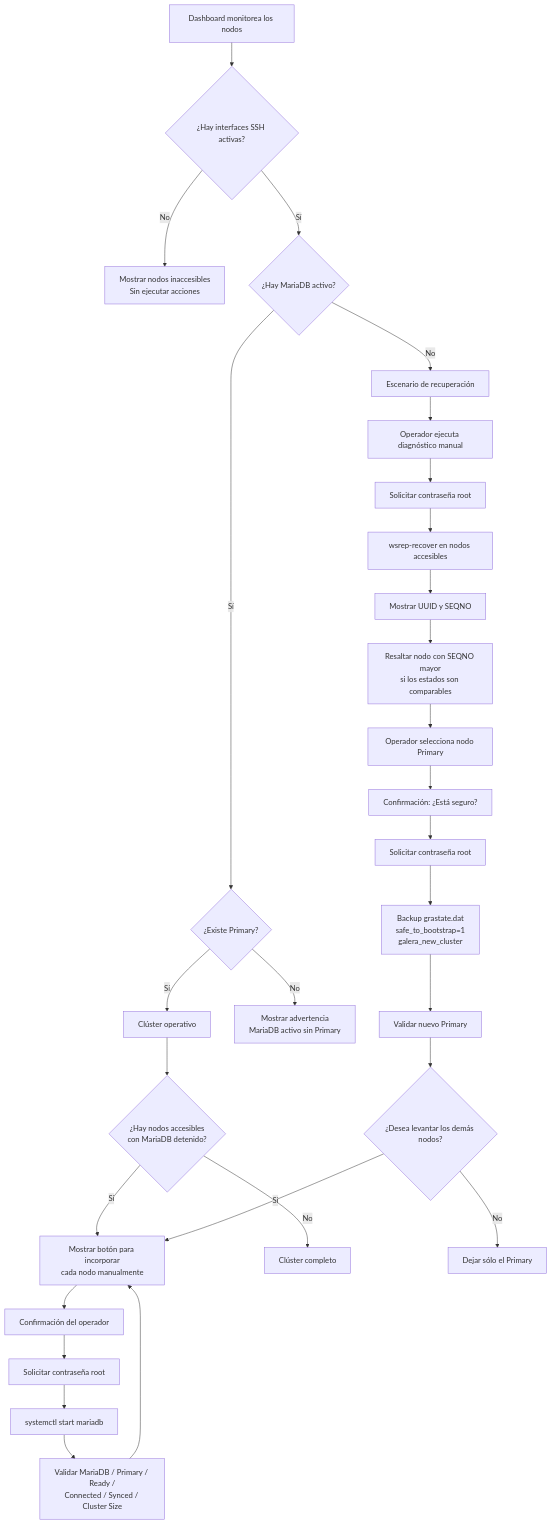
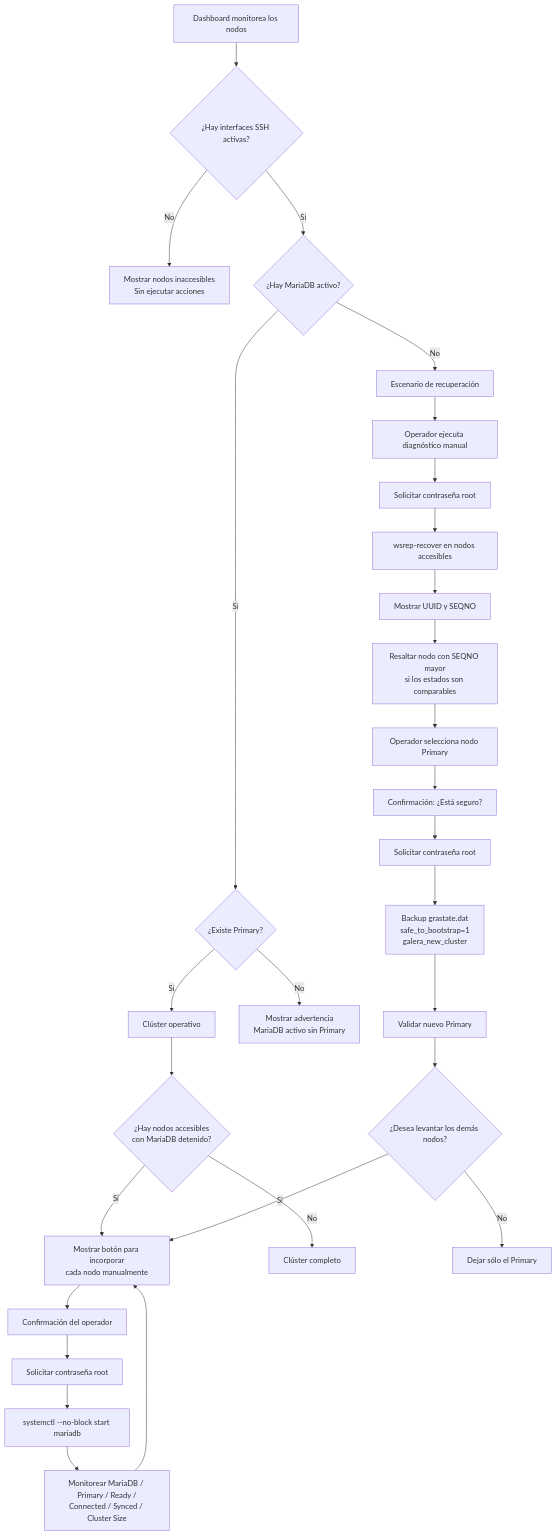
Before and after one commit to juan-quintero-fts/fts-galera-manager: the diagram in docs/AYUDA.md, drawn with Mermaid. The commit also changed other lines of this file, not shown here.

````diff
--- a/docs/AYUDA.md
+++ b/docs/AYUDA.md
@@ -27,34 +57,34 @@
 ```mermaid
 flowchart TD
     A[Dashboard monitorea los nodos] --> B{¿Hay interfaces SSH activas?}
     B -- No --> C[Mostrar nodos inaccesibles\nSin ejecutar acciones]
     B -- Sí --> D{¿Hay MariaDB activo?}
 
     D -- Sí --> E{¿Existe Primary?}
     E -- Sí --> F[Clúster operativo]
     F --> G{¿Hay nodos accesibles\ncon MariaDB detenido?}
     G -- Sí --> H[Mostrar botón para incorporar\ncada nodo manualmente]
     H --> I[Confirmación del operador]
     I --> J[Solicitar contraseña root]
-    J --> K[systemctl start mariadb]
-    K --> L[Validar MariaDB / Primary / Ready /\nConnected / Synced / Cluster Size]
+    J --> K[systemctl --no-block start mariadb]
+    K --> L[Monitorear MariaDB / Primary / Ready /\nConnected / Synced / Cluster Size]
     L --> H
     G -- No --> M[Clúster completo]
 
     E -- No --> N[Mostrar advertencia\nMariaDB activo sin Primary]
 
     D -- No --> O[Escenario de recuperación]
     O --> P[Operador ejecuta diagnóstico manual]
     P --> Q[Solicitar contraseña root]
     Q --> R[wsrep-recover en nodos accesibles]
     R --> S[Mostrar UUID y SEQNO]
     S --> T[Resaltar nodo con SEQNO mayor\nsi los estados son comparables]
     T --> U[Operador selecciona nodo Primary]
     U --> V[Confirmación: ¿Está seguro?]
     V --> W[Solicitar contraseña root]
     W --> X[Backup grastate.dat\nsafe_to_bootstrap=1\ngalera_new_cluster]
     X --> Y[Validar nuevo Primary]
     Y --> Z{¿Desea levantar los demás nodos?}
     Z -- No --> AA[Dejar sólo el Primary]
     Z -- Sí --> H
 ```
````
